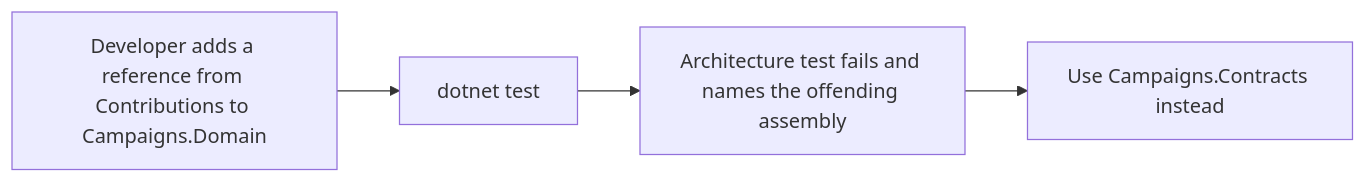
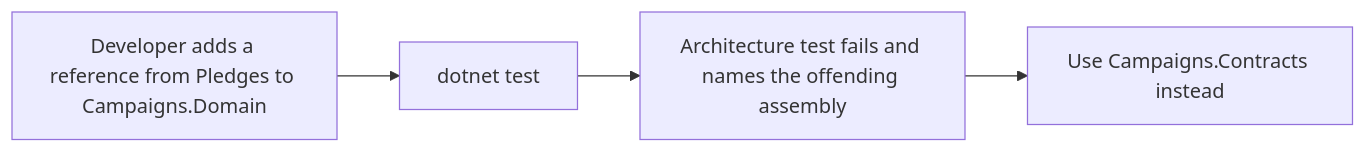
The diagram in tests/ArchitectureTests/CrowdFunding.ArchitectureTests/README.md (maysamgamini/crowdfundinghub), drawn with Mermaid before and after one commit. The commit also changed other lines of this file and 571 other files, not shown here.

````diff
--- a/tests/ArchitectureTests/CrowdFunding.ArchitectureTests/README.md
+++ b/tests/ArchitectureTests/CrowdFunding.ArchitectureTests/README.md
@@ -30,6 +30,6 @@
 ```mermaid
 flowchart LR
-    Dev["Developer adds a reference from Contributions to Campaigns.Domain"] --> Build["dotnet test"]
+    Dev["Developer adds a reference from Pledges to Campaigns.Domain"] --> Build["dotnet test"]
     Build --> Fail["Architecture test fails and names the offending assembly"]
     Fail --> Fix["Use Campaigns.Contracts instead"]
 ```
````
